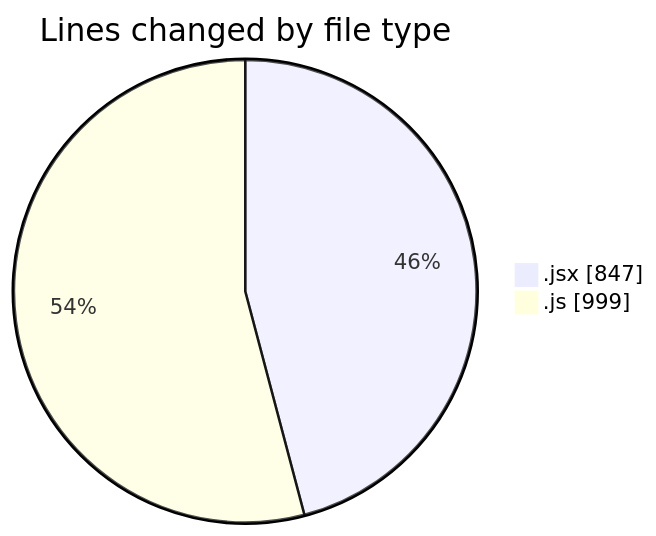
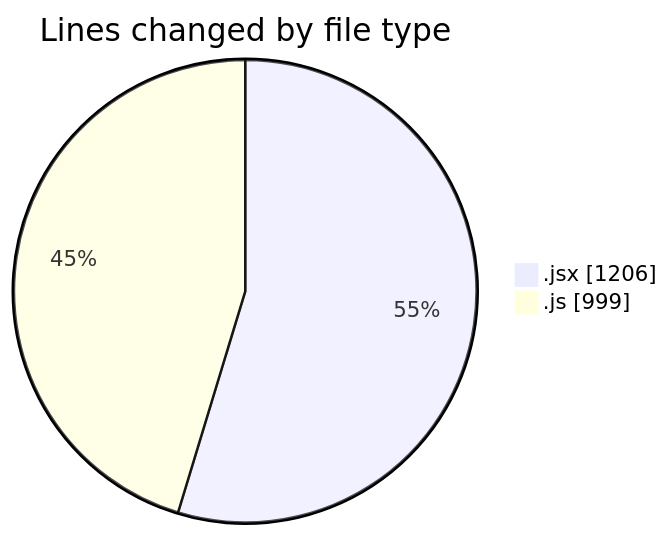
The first of 2 diagrams in 2025-07-25/nxtqube_webapp/README.md (nxtqubesakshisongat/code-tracking), drawn with Mermaid before and after one commit. The commit also changed other lines of this file and 1 other file, not shown here.

````diff
--- a/2025-07-25/nxtqube_webapp/README.md
+++ b/2025-07-25/nxtqube_webapp/README.md
@@ -27,6 +28,6 @@
 ```mermaid
 pie showData
 title Lines changed by file type
-".jsx" : 847
+".jsx" : 1206
 ".js" : 999
 ```
````
